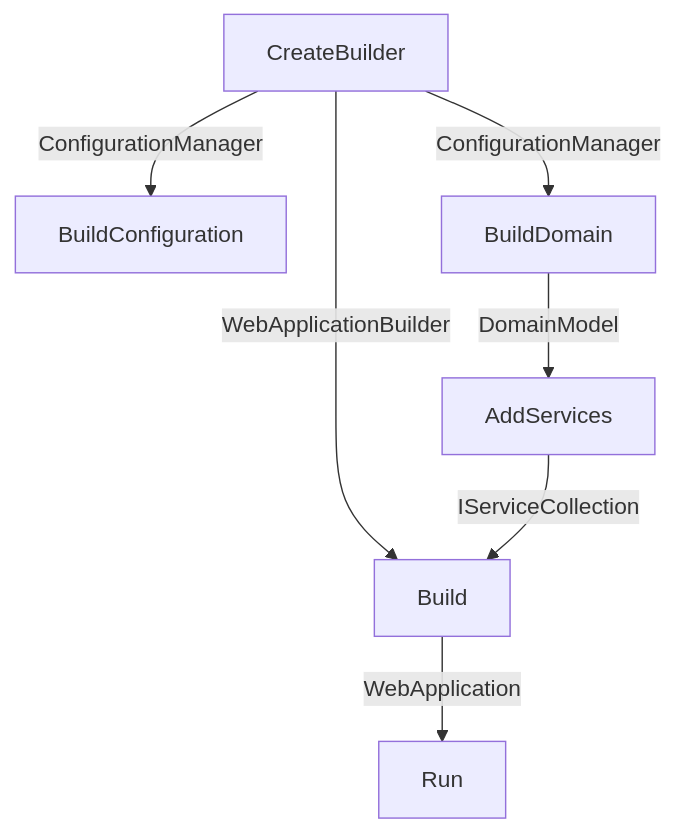
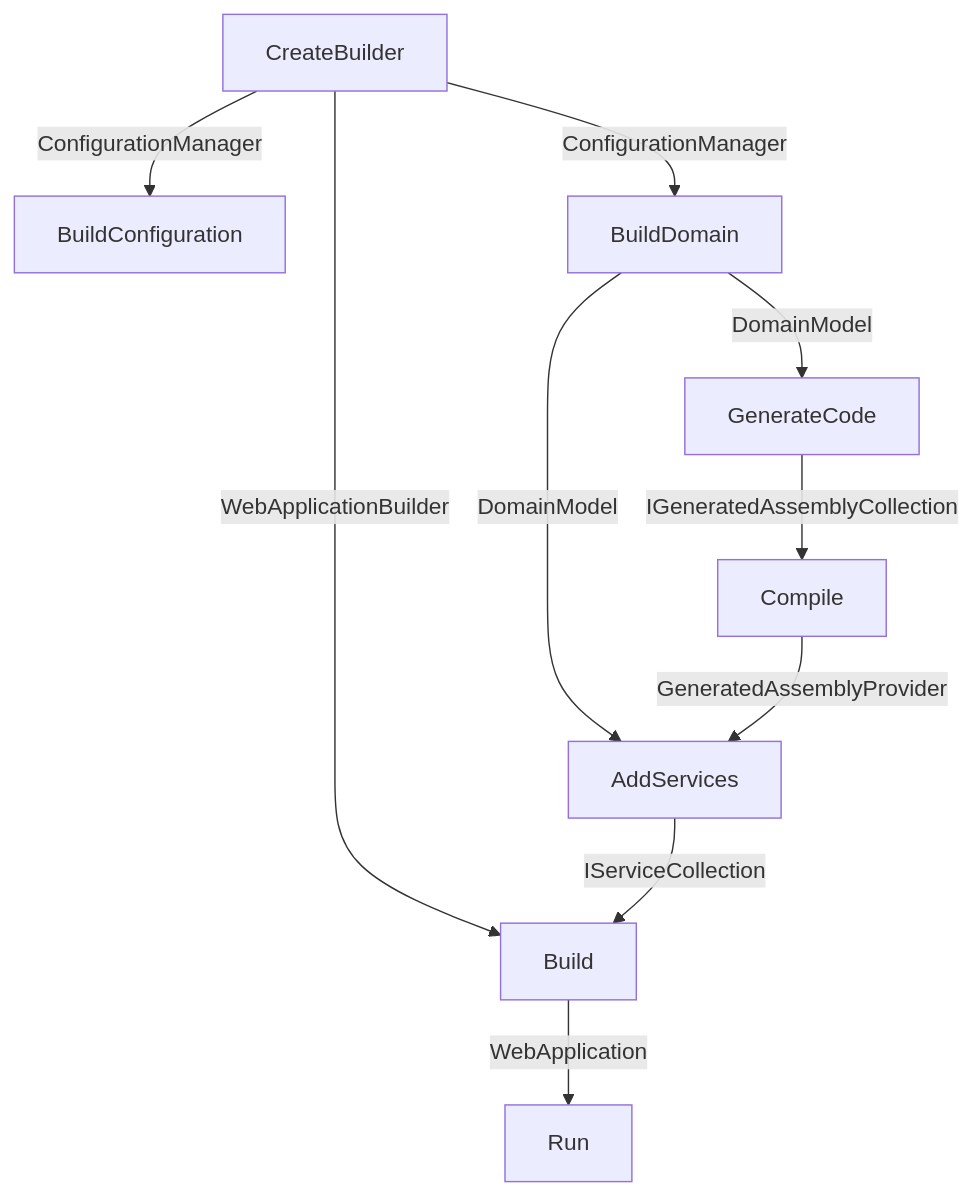
One commit to mouseless/baked changed the diagram in docs/blueprints/service.md. Above: the diagram before and after it, drawn with Mermaid. The commit also changed other lines of this file and 2 other files, not shown here.

Commit message:
add code generation documentation

````diff
--- a/docs/blueprints/service.md
+++ b/docs/blueprints/service.md
@@ -57,15 +58,25 @@
 ```mermaid
 flowchart TD
     AS[AddServices]
     B[Build]
     BC[BuildConfiguration]
     BD[BuildDomain]
     CB[CreateBuilder]
+    C[Compile]
+    GC[GenerateCode]
     R[Run]
+
+    CB -->|ConfigurationManager| BD
     CB -->|ConfigurationManager| BC
-    CB -->|ConfigurationManager| BD
+
+    BD -->|DomainModel| GC
+    GC -->|IGeneratedAssemblyCollection| C
+
     BD -->|DomainModel| AS
+    C -->|GeneratedAssemblyProvider| AS
+
     CB -->|WebApplicationBuilder| B
     AS -->|IServiceCollection| B
+
     B -->|WebApplication|R
-```    
+```
````
